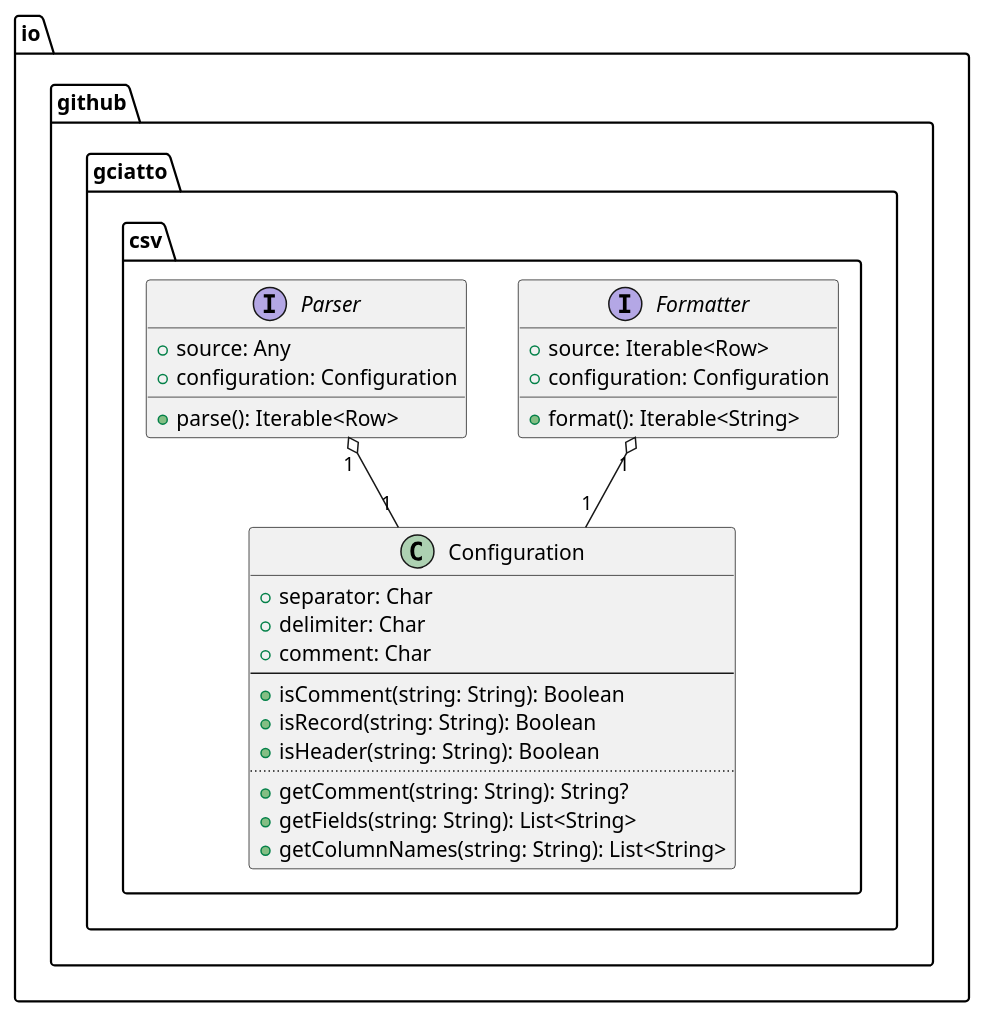
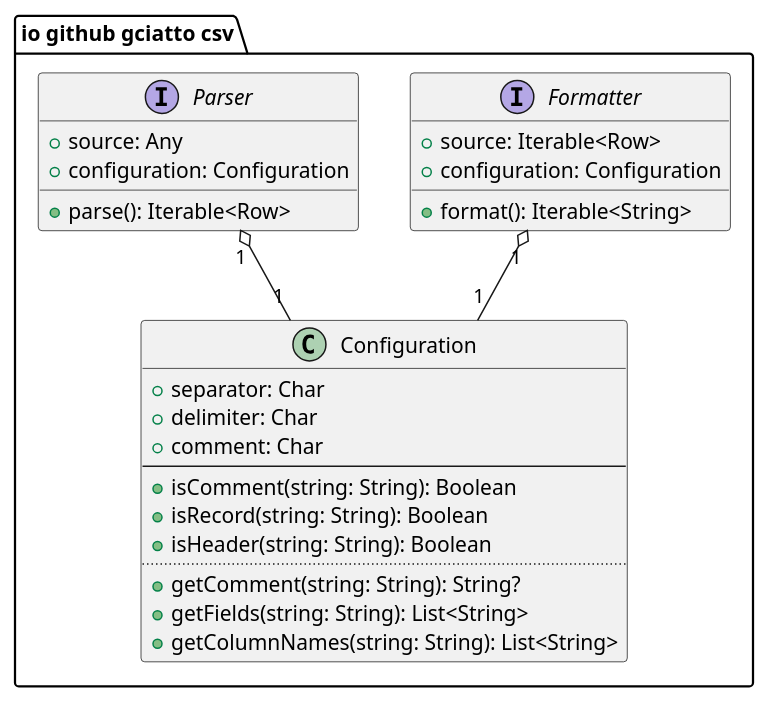
One commit to gciatto/mpp4rs-slides changed the fourth of 5 diagrams in content/02-WOBA/_index.md. Above: the diagram before and after it, drawn with PlantUML. The commit also changed other lines of this file and 2 other files, not shown here.

Commit message:
fix: plantuml support

```diff
--- a/content/02-WOBA/_index.md
+++ b/content/02-WOBA/_index.md
@@ -971,36 +967,38 @@
+{{< plantuml width="35%">}}
 @startuml
 skinparam monochrome false
 
-package io.github.gciatto.csv {
+package "io github gciatto csv" {
 
     class Configuration {
         + separator: Char
         + delimiter: Char
         + comment: Char
         --
         + isComment(string: String): Boolean
         + isRecord(string: String): Boolean
         + isHeader(string: String): Boolean
         ..
         + getComment(string: String): String?
         + getFields(string: String): List<String>
         + getColumnNames(string: String): List<String>
     }
 
     interface Formatter {
         + source: Iterable<Row>
         + configuration: Configuration
         + format(): Iterable<String>
     }
 
     interface Parser {
         + source: Any
         + configuration: Configuration
         + parse(): Iterable<Row>
     }
 
     Formatter "1" o-- "1" Configuration
     Parser "1" o-- "1" Configuration
 
 }
 @enduml
+{{< /plantuml >}}
```
